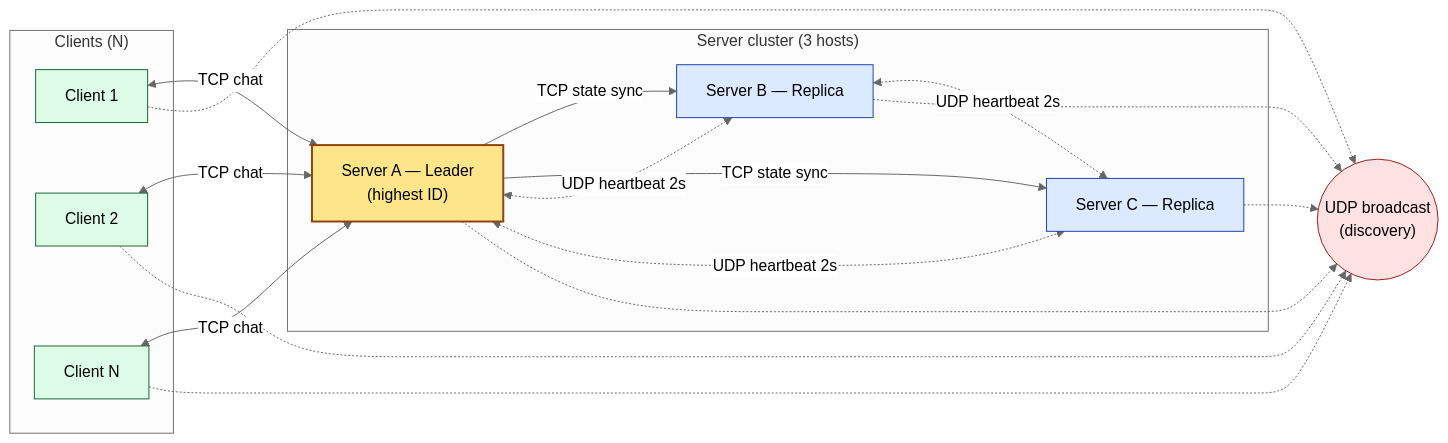
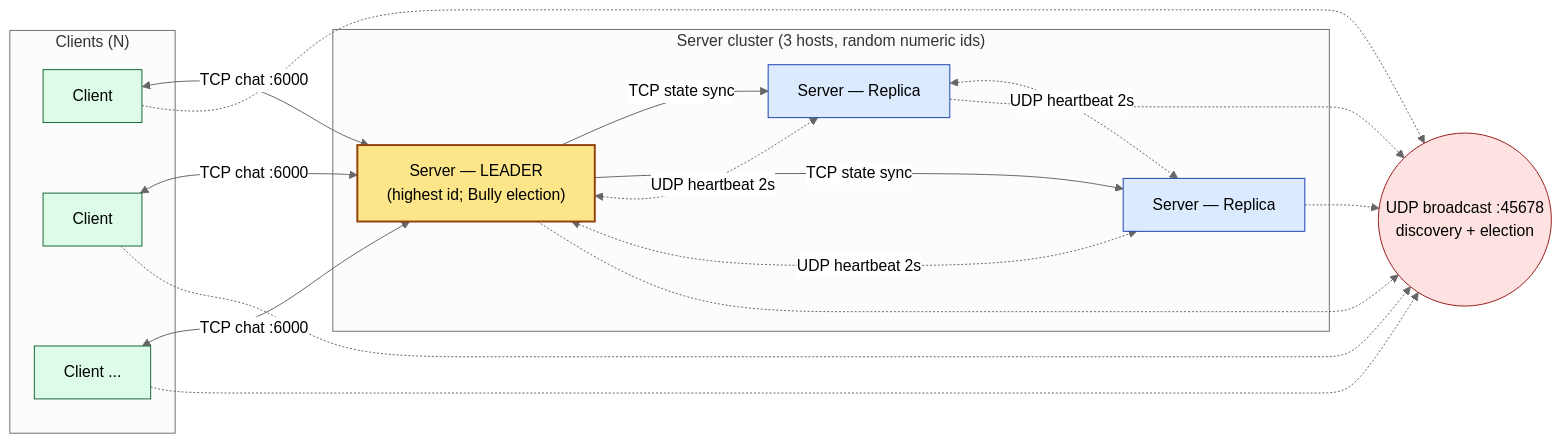
Before and after one commit to robertfeo/chatapp-ds: the diagram in docs/diagrams/architecture.mmd, drawn with Mermaid (neutral theme). The commit also changed 2 other files, not shown here.

Commit message:
docs(diagram): architecture diagram refreshed to the implemented system (#8, #23)
Mermaid source + re-rendered PNG (2352x666) reflecting Bully/random-id leader, TCP chat :6000, TCP state sync, UDP heartbeats, UDP broadcast discovery+election :45678. Linked from README, embedded in the report draft. Closes #8, #23.

```diff
--- a/docs/diagrams/architecture.mmd
+++ b/docs/diagrams/architecture.mmd
@@ -1,46 +1,46 @@
 flowchart LR
-    subgraph SERVERS["Server cluster (3 hosts)"]
-        L["Server A — Leader<br/>(highest ID)"]
-        R1["Server B — Replica"]
-        R2["Server C — Replica"]
+    subgraph SERVERS["Server cluster (3 hosts, random numeric ids)"]
+        L["Server &mdash; LEADER<br/>(highest id; Bully election)"]
+        R1["Server &mdash; Replica"]
+        R2["Server &mdash; Replica"]
     end
 
     subgraph CLIENTS["Clients (N)"]
-        C1["Client 1"]
-        C2["Client 2"]
-        Cn["Client N"]
+        C1["Client"]
+        C2["Client"]
+        Cn["Client ..."]
     end
 
-    BC(("UDP broadcast<br/>(discovery)"))
+    BC(("UDP broadcast :45678<br/>discovery + election"))
 
-    %% Chat fan-out: clients <-> leader over TCP
-    C1 <-->|TCP chat| L
-    C2 <-->|TCP chat| L
-    Cn <-->|TCP chat| L
+    %% Chat: clients <-> leader over TCP (request in, fan-out back on the same socket)
+    C1 <-->|"TCP chat :6000"| L
+    C2 <-->|"TCP chat :6000"| L
+    Cn <-->|"TCP chat :6000"| L
 
-    %% State replication: leader -> replicas over TCP
-    L -->|TCP state sync| R1
-    L -->|TCP state sync| R2
+    %% State replication: leader -> replicas over TCP (history deltas + snapshot on join)
+    L -->|"TCP state sync"| R1
+    L -->|"TCP state sync"| R2
 
-    %% Heartbeats every 2s, UDP, pairwise between servers
-    L <-.->|UDP heartbeat 2s| R1
-    L <-.->|UDP heartbeat 2s| R2
-    R1 <-.->|UDP heartbeat 2s| R2
+    %% Heartbeats: UDP unicast between servers, every 2s, peer dead after 6s
+    L <-.->|"UDP heartbeat 2s"| R1
+    L <-.->|"UDP heartbeat 2s"| R2
+    R1 <-.->|"UDP heartbeat 2s"| R2
 
-    %% Discovery: every participant uses the broadcast address
+    %% Discovery + election: every participant uses the UDP broadcast address
     L -.-> BC
     R1 -.-> BC
     R2 -.-> BC
     C1 -.-> BC
     C2 -.-> BC
     Cn -.-> BC
 
     classDef leader fill:#fde68a,stroke:#92400e,stroke-width:2px,color:#000;
     classDef replica fill:#dbeafe,stroke:#1e40af,color:#000;
     classDef client fill:#dcfce7,stroke:#166534,color:#000;
     classDef bcast fill:#fee2e2,stroke:#991b1b,color:#000;
 
     class L leader
     class R1,R2 replica
     class C1,C2,Cn client
     class BC bcast
```
